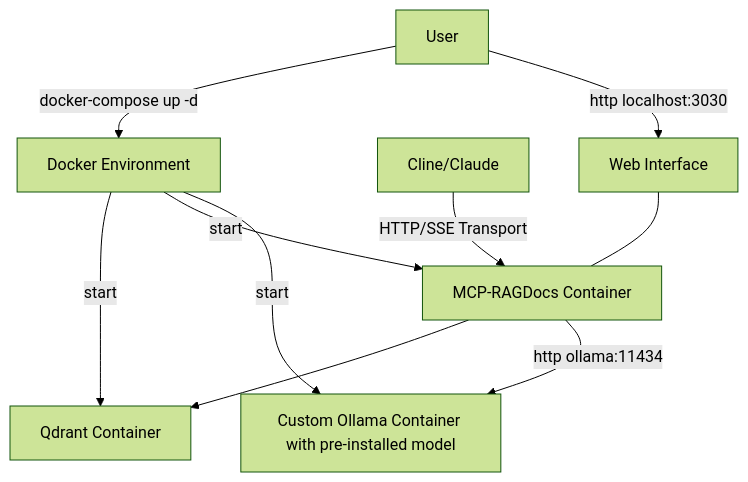
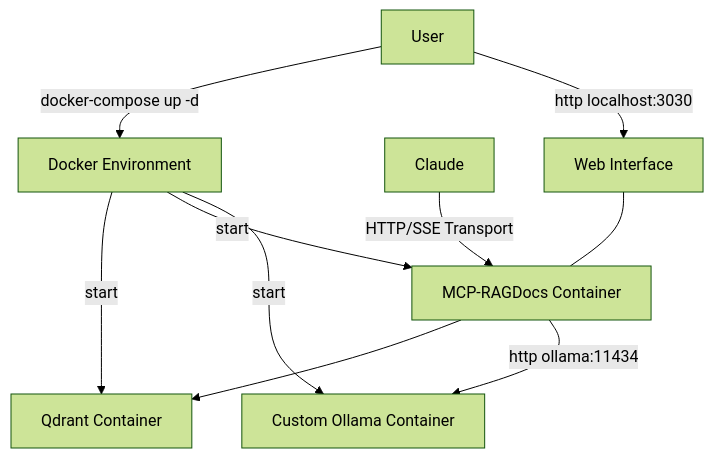
The second of 2 diagrams in README.md (amir-arad/mcp-ragdocs), drawn with Mermaid (forest theme) before and after one commit. The commit also changed other lines of this file, not shown here.

````diff
--- a/README.md
+++ b/README.md
@@ -118,12 +118,12 @@
 ```mermaid
 graph TD
     A[User] -->|docker-compose up -d| B[Docker Environment]
     B --> |start|C[Qdrant Container]
     B --> |start|D[MCP-RAGDocs Container]
-    B --> |start|E[Custom Ollama Container with pre-installed model]
+    B --> |start|E[Custom Ollama Container]
     D --> C[Qdrant Container]
     D -->|http ollama:11434| E
-    F[Cline/Claude] -->|HTTP/SSE Transport| D
+    F[Claude] -->|HTTP/SSE Transport| D
     A -->|http localhost:3030| G[Web Interface]
     G --- D
 ```
````
